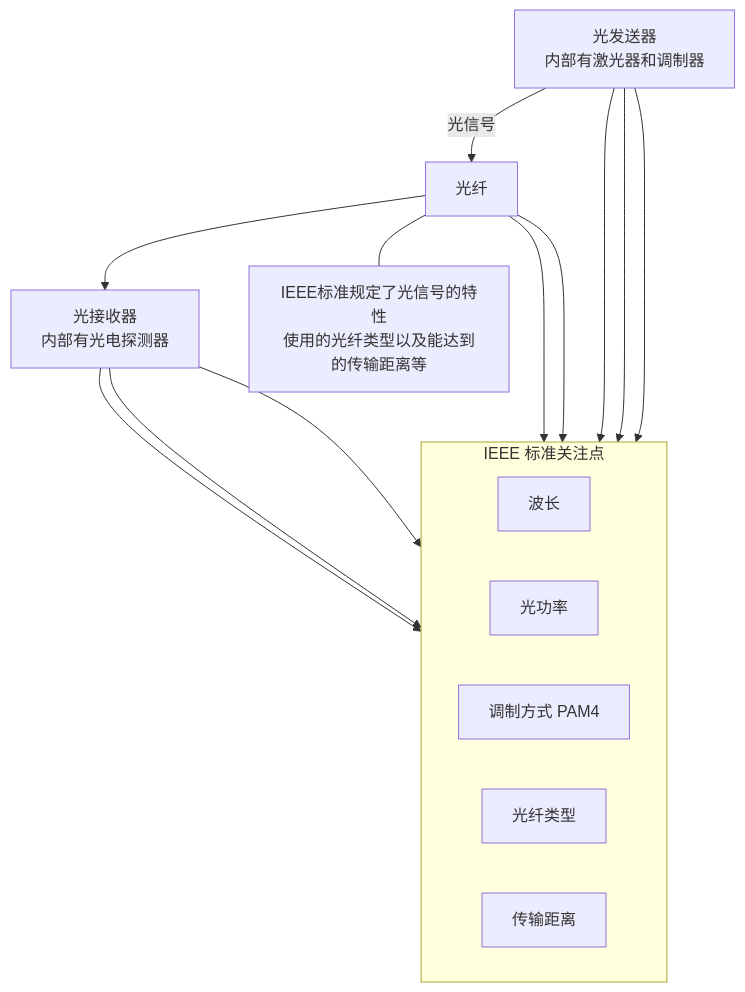
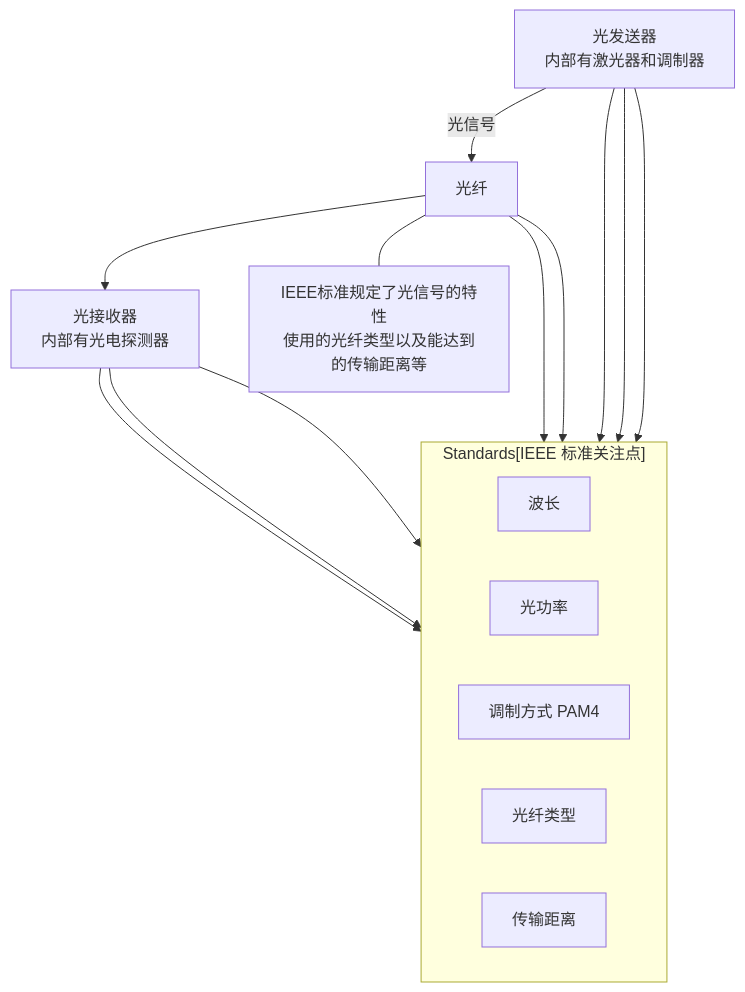
The third of 4 diagrams in output/Data_Center_Ethernet_Technology_and_Evolution_to_224_Gbps/04_行业标准与规范__oif_ieee__.md (jueshi/PocketFlow-Tutorial-Codebase-Knowledge), drawn with Mermaid before and after one commit. The commit also changed other lines of this file and 282 other files, not shown here.

````diff
--- a/output/Data_Center_Ethernet_Technology_and_Evolution_to_224_Gbps/04_行业标准与规范__oif_ieee__.md
+++ b/output/Data_Center_Ethernet_Technology_and_Evolution_to_224_Gbps/04_行业标准与规范__oif_ieee__.md
@@ -164,30 +162,29 @@
 ```mermaid
 graph TD
     Transmitter[光发送器<br>内部有激光器和调制器] -- 光信号 --> Fiber[光纤]
     Fiber --> Receiver[光接收器<br>内部有光电探测器]
 
-    subgraph Standards[IEEE 标准关注点]
+    subgraph "Standards[IEEE 标准关注点]"
         direction LR
         O1[波长]
         O2[光功率]
         O3[调制方式 PAM4]
         O4[光纤类型]
         O5[传输距离]
     end
     
     Transmitter --> O1
     Transmitter --> O2
     Transmitter --> O3
     
     Receiver --> O1
     Receiver --> O2
     Receiver --> O3
     
     Fiber --> O4
     Fiber --> O5
     
     Note[IEEE标准规定了光信号的特性<br>使用的光纤类型以及能达到的传输距离等]
     
     Fiber --- Note
-
 ```
````
